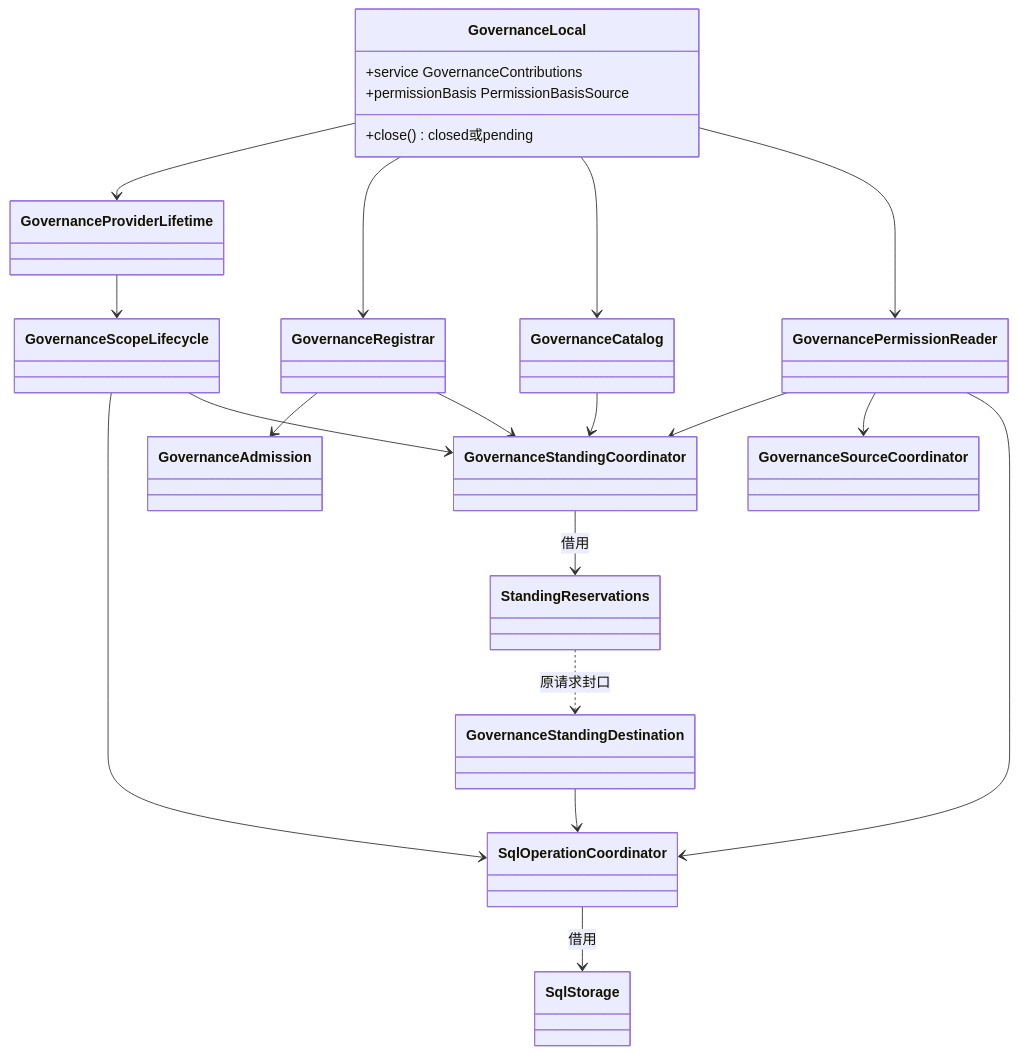
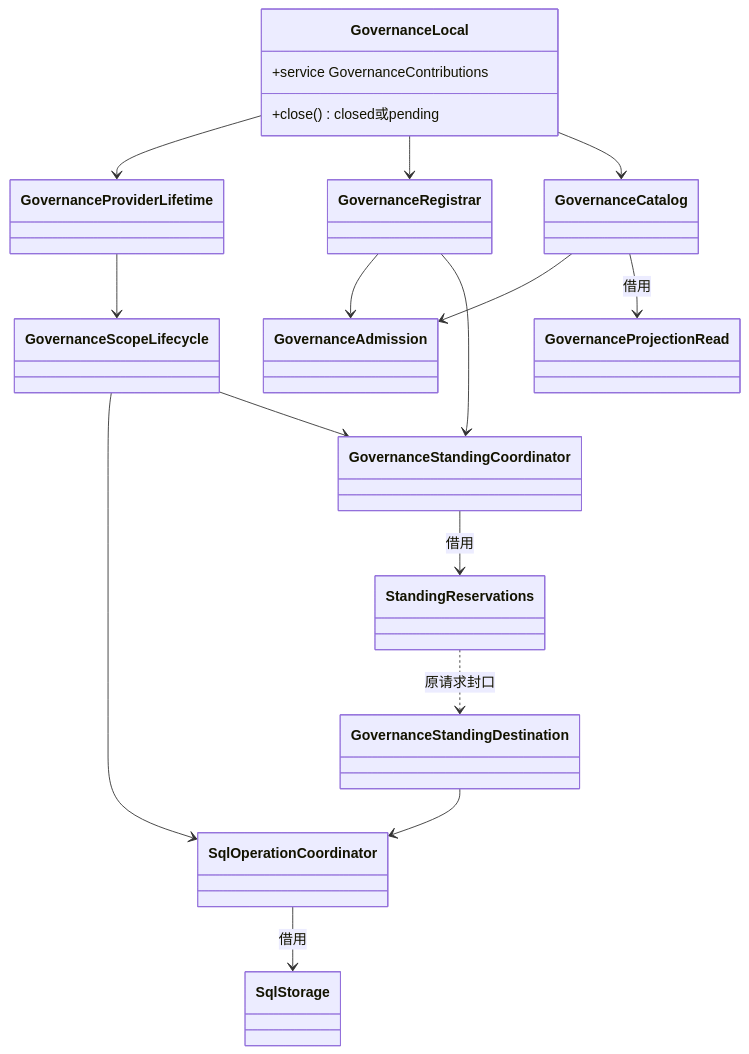
Before and after one commit to nemori-ai/omne-harness-lite: the first of 27 diagrams in packages/governance/governance-local/docs/architecture.md, drawn with Mermaid. The commit also changed other lines of this file and 54 other files, not shown here.

First line of the commit message:
refactor(governance-local): 删当前权限读取与 internal.capture 原操作，文档同步为纯读（切片 05 步骤 F 之二）

````diff
--- a/packages/governance/governance-local/docs/architecture.md
+++ b/packages/governance/governance-local/docs/architecture.md
@@ -7,25 +7,21 @@
 ```mermaid
 classDiagram
   class GovernanceLocal {
     +service GovernanceContributions
-    +permissionBasis PermissionBasisSource
     +close() closed或pending
   }
   GovernanceLocal --> GovernanceProviderLifetime
   GovernanceProviderLifetime --> GovernanceScopeLifecycle
   GovernanceLocal --> GovernanceRegistrar
   GovernanceLocal --> GovernanceCatalog
-  GovernanceLocal --> GovernancePermissionReader
-  GovernancePermissionReader --> GovernanceStandingCoordinator
-  GovernancePermissionReader --> GovernanceSourceCoordinator
-  GovernancePermissionReader --> SqlOperationCoordinator
   GovernanceRegistrar --> GovernanceAdmission
   GovernanceRegistrar --> GovernanceStandingCoordinator
-  GovernanceCatalog --> GovernanceStandingCoordinator
+  GovernanceCatalog --> GovernanceAdmission
+  GovernanceCatalog --> GovernanceProjectionRead : 借用
   GovernanceScopeLifecycle --> SqlOperationCoordinator
   GovernanceScopeLifecycle --> GovernanceStandingCoordinator
   GovernanceStandingCoordinator --> StandingReservations : 借用
   SqlOperationCoordinator --> SqlStorage : 借用
   GovernanceStandingDestination --> SqlOperationCoordinator
   StandingReservations ..> GovernanceStandingDestination : 原请求封口
 ```
````
